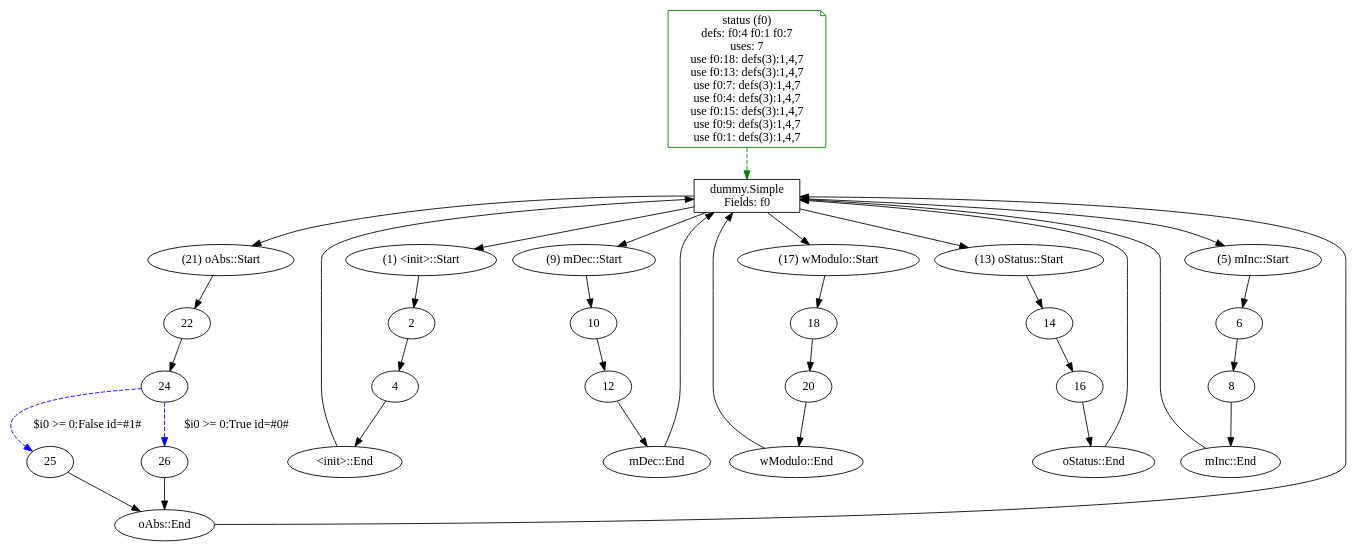
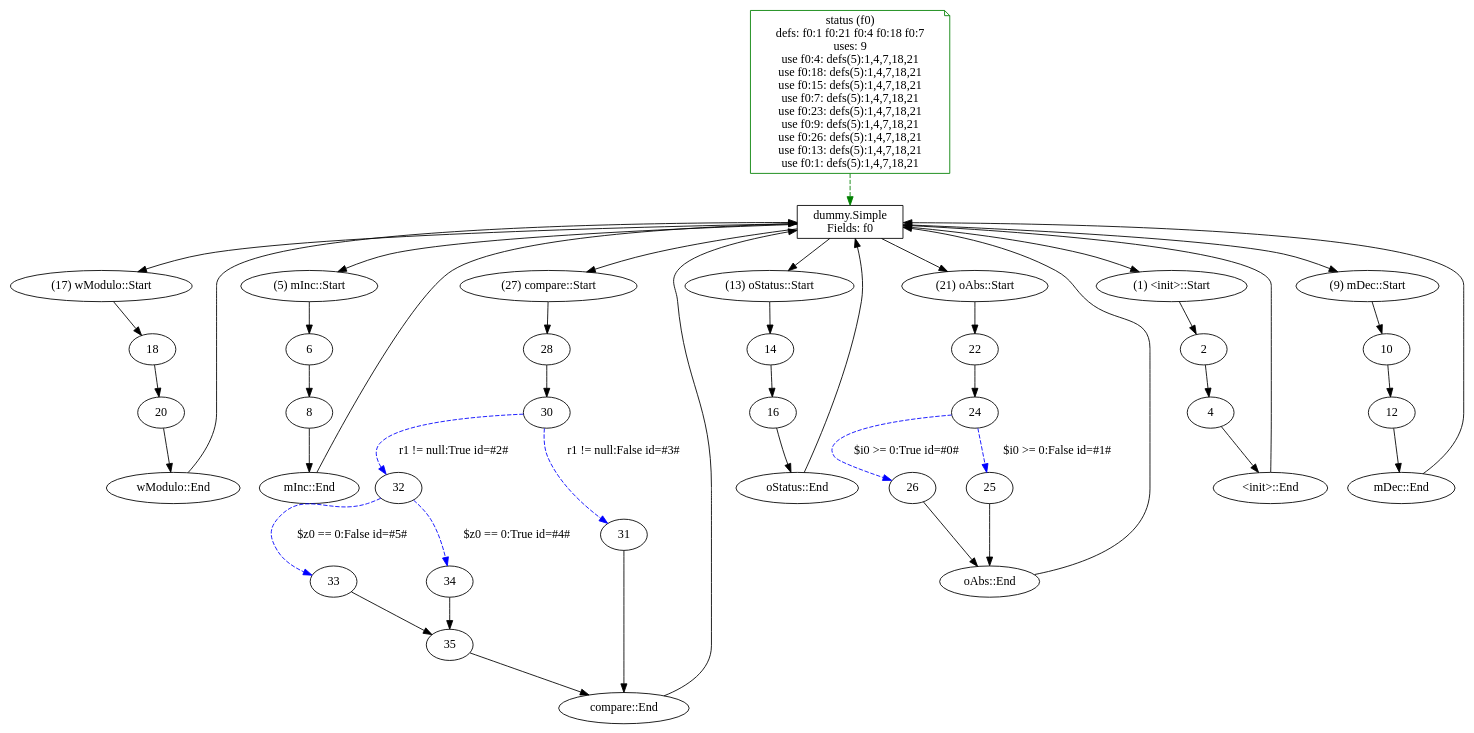
Before and after one commit to matteomiraz/testful.eclipse: the diagram in testful/testCut/instrumented/dummy/Simple.dot, drawn with Graphviz. The commit also changed 164 other files, not shown here.

```diff
--- a/testful/testCut/instrumented/dummy/Simple.dot
+++ b/testful/testCut/instrumented/dummy/Simple.dot
@@ -1,64 +1,85 @@
 digraph clazz {
   0 [shape=box,label="dummy.Simple\nFields: f0"];
   f0 -> 0 [style=dashed,color=green];
-  f0 [shape=note,color=green,label="status (f0)\ndefs: f0:4 f0:1 f0:7\nuses: 7\nuse f0:18: defs(3):1,4,7\nuse f0:13: defs(3):1,4,7\nuse f0:7: defs(3):1,4,7\nuse f0:4: defs(3):1,4,7\nuse f0:15: defs(3):1,4,7\nuse f0:9: defs(3):1,4,7\nuse f0:1: defs(3):1,4,7"];
+  f0 [shape=note,color=green,label="status (f0)\ndefs: f0:1 f0:21 f0:4 f0:18 f0:7\nuses: 9\nuse f0:4: defs(5):1,4,7,18,21\nuse f0:18: defs(5):1,4,7,18,21\nuse f0:15: defs(5):1,4,7,18,21\nuse f0:7: defs(5):1,4,7,18,21\nuse f0:23: defs(5):1,4,7,18,21\nuse f0:9: defs(5):1,4,7,18,21\nuse f0:26: defs(5):1,4,7,18,21\nuse f0:13: defs(5):1,4,7,18,21\nuse f0:1: defs(5):1,4,7,18,21"];
+  0 -> 17;
+  0 -> 5;
+  0 -> 27;
+  0 -> 13;
   0 -> 21;
   0 -> 1;
   0 -> 9;
-  0 -> 17;
-  0 -> 13;
-  0 -> 5;
+  17 [label="(17) wModulo::Start"];
+  17 -> 18;
+  5 [label="(5) mInc::Start"];
+  5 -> 6;
+  27 [label="(27) compare::Start"];
+  27 -> 28;
+  13 [label="(13) oStatus::Start"];
+  13 -> 14;
   21 [label="(21) oAbs::Start"];
   21 -> 22;
   1 [label="(1) <init>::Start"];
   1 -> 2;
   9 [label="(9) mDec::Start"];
   9 -> 10;
-  17 [label="(17) wModulo::Start"];
-  17 -> 18;
-  13 [label="(13) oStatus::Start"];
-  13 -> 14;
-  5 [label="(5) mInc::Start"];
-  5 -> 6;
+  18 [label="18"];
+  18 -> 20;
+  6 [label="6"];
+  6 -> 8;
+  28 [label="28"];
+  28 -> 30;
+  14 [label="14"];
+  14 -> 16;
   22 [label="22"];
   22 -> 24;
   2 [label="2"];
   2 -> 4;
   10 [label="10"];
   10 -> 12;
-  18 [label="18"];
-  18 -> 20;
-  14 [label="14"];
-  14 -> 16;
-  6 [label="6"];
-  6 -> 8;
+  20 [label="20"];
+  20 -> 19;
+  8 [label="8"];
+  8 -> 7;
+  30 [label="30"];
+  30 -> 31[style=dashed,color=blue,label="r1 != null:False id=#3#"];
+  30 -> 32[style=dashed,color=blue,label="r1 != null:True id=#2#"];
+  16 [label="16"];
+  16 -> 15;
   24 [label="24"];
   24 -> 26[style=dashed,color=blue,label="$i0 >= 0:True id=#0#"];
   24 -> 25[style=dashed,color=blue,label="$i0 >= 0:False id=#1#"];
   4 [label="4"];
   4 -> 3;
   12 [label="12"];
   12 -> 11;
-  20 [label="20"];
-  20 -> 19;
-  16 [label="16"];
-  16 -> 15;
-  8 [label="8"];
-  8 -> 7;
+  19 [label="wModulo::End"];
+  19 -> 0;
+  7 [label="mInc::End"];
+  7 -> 0;
+  31 [label="31"];
+  31 -> 29;
+  32 [label="32"];
+  32 -> 34[style=dashed,color=blue,label="$z0 == 0:True id=#4#"];
+  32 -> 33[style=dashed,color=blue,label="$z0 == 0:False id=#5#"];
+  15 [label="oStatus::End"];
+  15 -> 0;
   26 [label="26"];
   26 -> 23;
   25 [label="25"];
   25 -> 23;
   3 [label="<init>::End"];
   3 -> 0;
   11 [label="mDec::End"];
   11 -> 0;
-  19 [label="wModulo::End"];
-  19 -> 0;
-  15 [label="oStatus::End"];
-  15 -> 0;
-  7 [label="mInc::End"];
-  7 -> 0;
+  29 [label="compare::End"];
+  29 -> 0;
+  34 [label="34"];
+  34 -> 35;
+  33 [label="33"];
+  33 -> 35;
   23 [label="oAbs::End"];
   23 -> 0;
+  35 [label="35"];
+  35 -> 29;
 }
```
